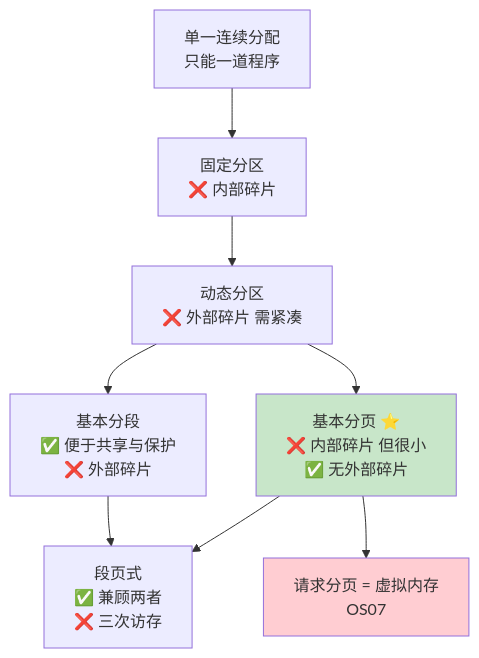
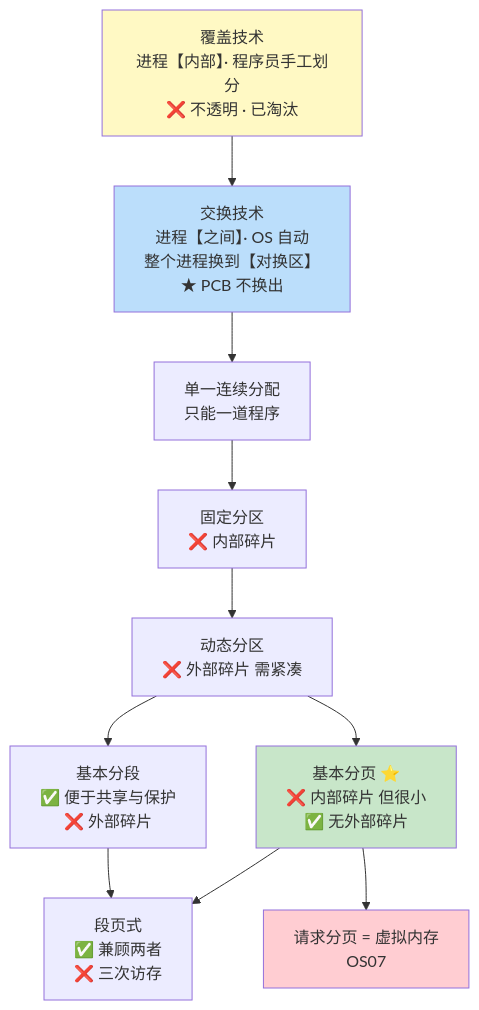
Diagram 12 of 23 in cs-basics/operating-system/ROADMAP.md (Kirby980/backend-handbook), drawn with Mermaid before and after one commit. The commit also changed other lines of this file and 25 other files, not shown here.

````diff
--- a/cs-basics/operating-system/ROADMAP.md
+++ b/cs-basics/operating-system/ROADMAP.md
@@ -196,13 +252,17 @@
 ```mermaid
 graph TD
-    A[单一连续分配<br>只能一道程序] --> B[固定分区<br>❌ 内部碎片]
+    O["覆盖技术<br>进程【内部】· 程序员手工划分<br>❌ 不透明 · 已淘汰"] --> S["交换技术<br>进程【之间】· OS 自动<br>整个进程换到【对换区】<br>★ PCB 不换出"]
+    S --> A[单一连续分配<br>只能一道程序]
+    A --> B[固定分区<br>❌ 内部碎片]
     B --> C[动态分区<br>❌ 外部碎片 需紧凑]
     C --> D[基本分页 ⭐<br>❌ 内部碎片 但很小<br>✅ 无外部碎片]
     C --> E[基本分段<br>✅ 便于共享与保护<br>❌ 外部碎片]
     D --> F[段页式<br>✅ 兼顾两者<br>❌ 三次访存]
     E --> F
     D --> G[请求分页 = 虚拟内存<br>OS07]
 
+    style O fill:#fff9c4
+    style S fill:#bbdefb
     style D fill:#c8e6c9
     style G fill:#ffcdd2
 ```
````
